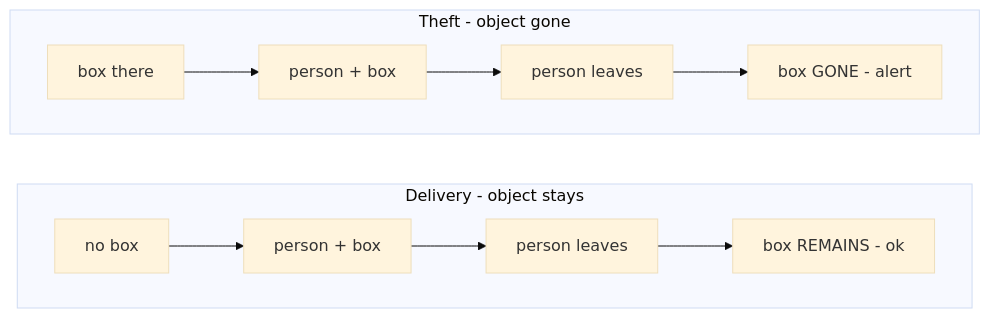
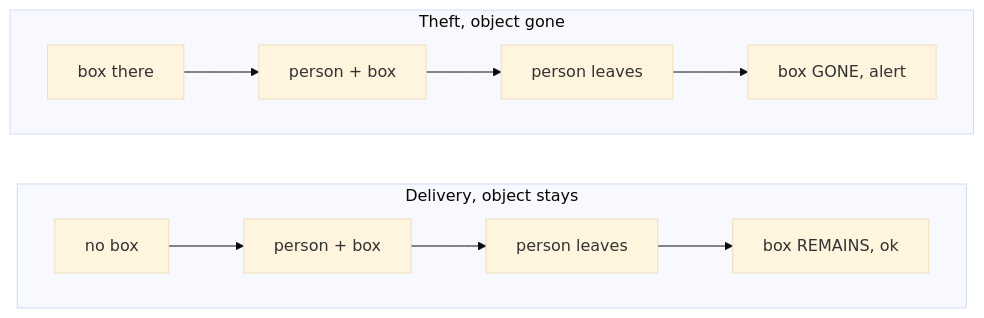
The second of 5 diagrams in README.md (hungtruongOwolf/nightjar), drawn with Mermaid (base theme) before and after one commit. The commit also changed other lines of this file and 96 other files, not shown here.

````diff
--- a/README.md
+++ b/README.md
@@ -84,11 +87,11 @@
 ```mermaid
 flowchart LR
-  subgraph DELIVERY [Delivery - object stays]
+  subgraph DELIVERY [Delivery, object stays]
     direction LR
-    d1["no box"] --> d2["person + box"] --> d3["person leaves"] --> d4["box REMAINS - ok"]
+    d1["no box"] --> d2["person + box"] --> d3["person leaves"] --> d4["box REMAINS, ok"]
   end
-  subgraph THEFT [Theft - object gone]
+  subgraph THEFT [Theft, object gone]
     direction LR
-    t1["box there"] --> t2["person + box"] --> t3["person leaves"] --> t4["box GONE - alert"]
+    t1["box there"] --> t2["person + box"] --> t3["person leaves"] --> t4["box GONE, alert"]
   end
 ```
````
